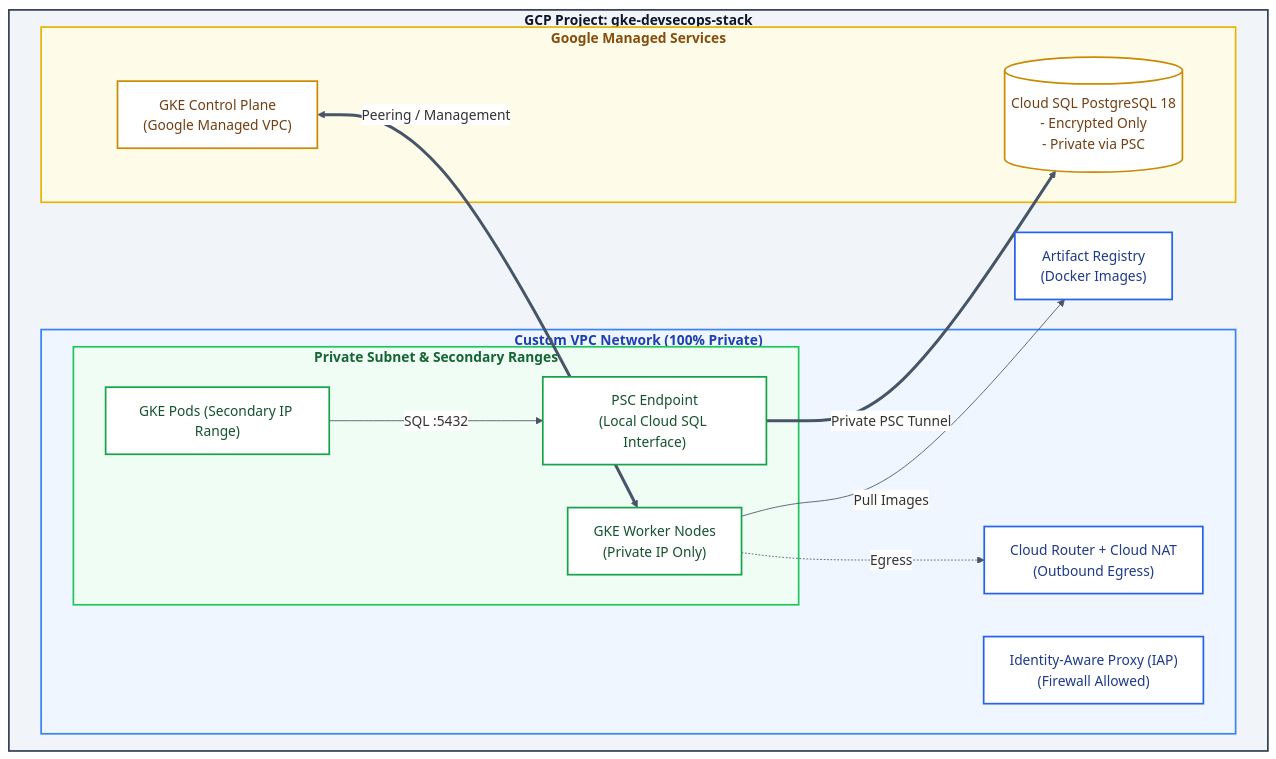
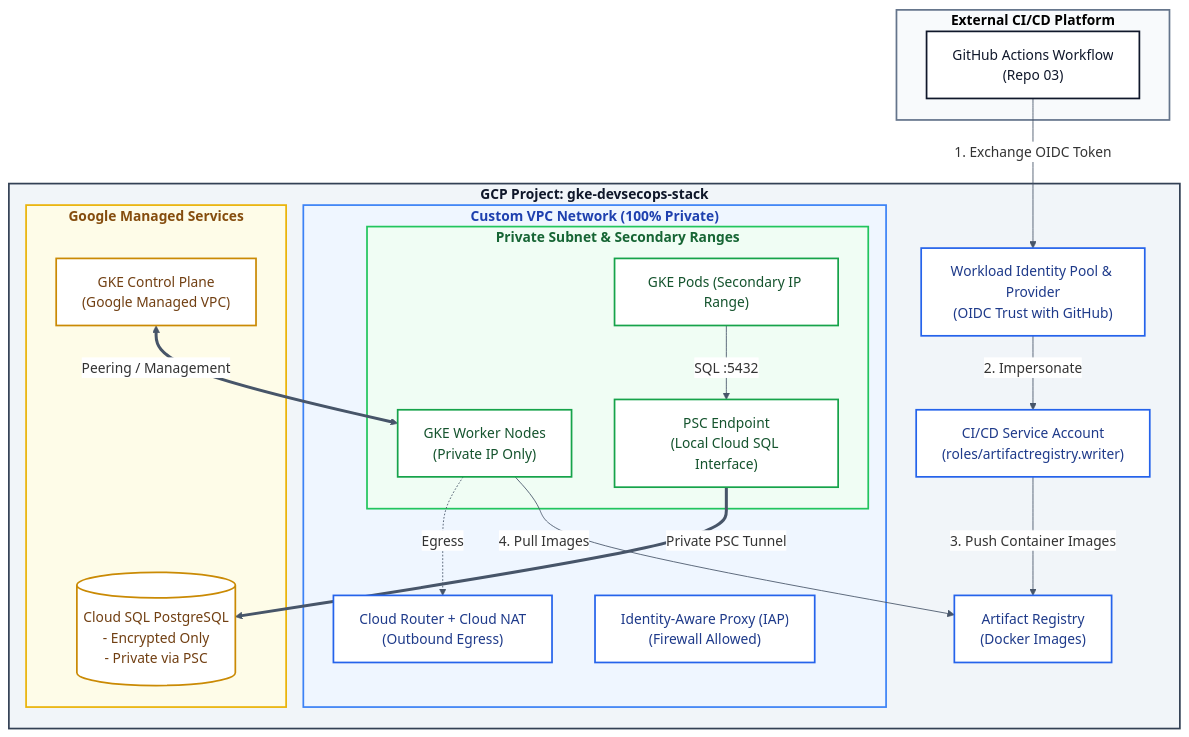
Before and after one commit to vladimir-evdokimov-pro/01-platform-infra-terraform: the diagram in README.md, drawn with Mermaid. The commit also changed other lines of this file and 1 other file, not shown here.

````diff
--- a/README.md
+++ b/README.md
@@ -31,51 +33,61 @@
 ```mermaid
 %%{
   init: {
     'theme': 'base',
     'themeVariables': {
       'primaryColor': '#ffffff',
       'primaryBorderColor': '#475569',
       'lineColor': '#475569',
       'textColor': '#0f172a'
     }
   }
 }%%
 graph TD
     style GCP_PROJECT fill:#f1f5f9,stroke:#334155,stroke-width:2px
     style VPC fill:#eff6ff,stroke:#3b82f6,stroke-width:2px
     style GKE_SUBNET fill:#f0fdf4,stroke:#22c55e,stroke-width:2px
     style GCP_MANAGED fill:#fefce8,stroke:#eab308,stroke-width:2px
+    style GITHUB_ACTIONS fill:#f8fafc,stroke:#64748b,stroke-width:2px
 
     classDef gcpBlue fill:#ffffff,stroke:#2563eb,stroke-width:2px,color:#1e3a8a;
     classDef gcpGreen fill:#ffffff,stroke:#16a34a,stroke-width:2px,color:#14532d;
     classDef gcpYellow fill:#ffffff,stroke:#ca8a04,stroke-width:2px,color:#713f12;
+    classDef github fill:#ffffff,stroke:#0f172a,stroke-width:2px,color:#0f172a;
+
+    subgraph GITHUB_ACTIONS["<b>External CI/CD Platform</b>"]
+        GHA["GitHub Actions Workflow<br/>(Repo 03)"]:::github
+    end
 
     subgraph GCP_PROJECT["<font color='#0f172a'><b>GCP Project: gke-devsecops-stack</b></font>"]
         
+        WIF["Workload Identity Pool & Provider<br/>(OIDC Trust with GitHub)"]:::gcpBlue
+        GHA_SA["CI/CD Service Account<br/>(roles/artifactregistry.writer)"]:::gcpBlue
         AR["Artifact Registry<br/>(Docker Images)"]:::gcpBlue
 
         subgraph VPC["<font color='#1e40af'><b>Custom VPC Network (100% Private)</b></font>"]
             
             subgraph GKE_SUBNET["<font color='#166534'><b>Private Subnet & Secondary Ranges</b></font>"]
                 GKE_Nodes["GKE Worker Nodes<br/>(Private IP Only)"]:::gcpGreen
                 GKE_Pods["GKE Pods (Secondary IP Range)"]:::gcpGreen
                 PSC_Endpoint["PSC Endpoint<br/>(Local Cloud SQL Interface)"]:::gcpGreen
             end
             
             NAT["Cloud Router + Cloud NAT<br/>(Outbound Egress)"]:::gcpBlue
             IAP["Identity-Aware Proxy (IAP)<br/>(Firewall Allowed)"]:::gcpBlue
         end
 
         subgraph GCP_MANAGED["<font color='#854d0e'><b>Google Managed Services</b></font>"]
             GKE_ControlPlane["GKE Control Plane<br/>(Google Managed VPC)"]:::gcpYellow
-            CloudSQL[("Cloud SQL PostgreSQL 18<br/>- Encrypted Only<br/>- Private via PSC")]:::gcpYellow
+            CloudSQL[("Cloud SQL PostgreSQL<br/>- Encrypted Only<br/>- Private via PSC")]:::gcpYellow
         end
     end
 
-    GKE_Nodes -->|Pull Images| AR
+    GHA -->|1. Exchange OIDC Token| WIF
+    WIF -->|2. Impersonate| GHA_SA
+    GHA_SA -->|3. Push Container Images| AR
+    GKE_Nodes -->|4. Pull Images| AR
     GKE_Nodes -.->|Egress| NAT
     GKE_ControlPlane <==>|Peering / Management| GKE_Nodes
     GKE_Pods -->|SQL :5432| PSC_Endpoint
     PSC_Endpoint ==>|Private PSC Tunnel| CloudSQL
-
 ```
````
